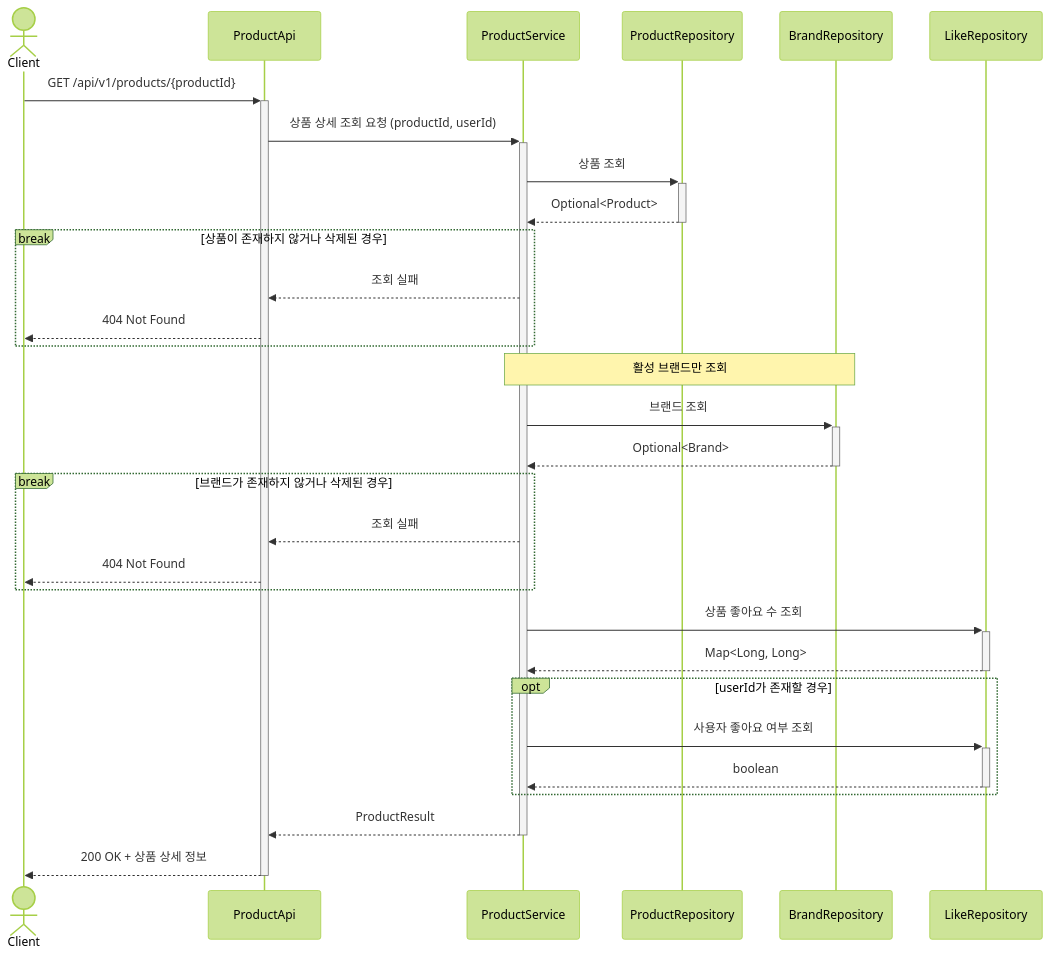
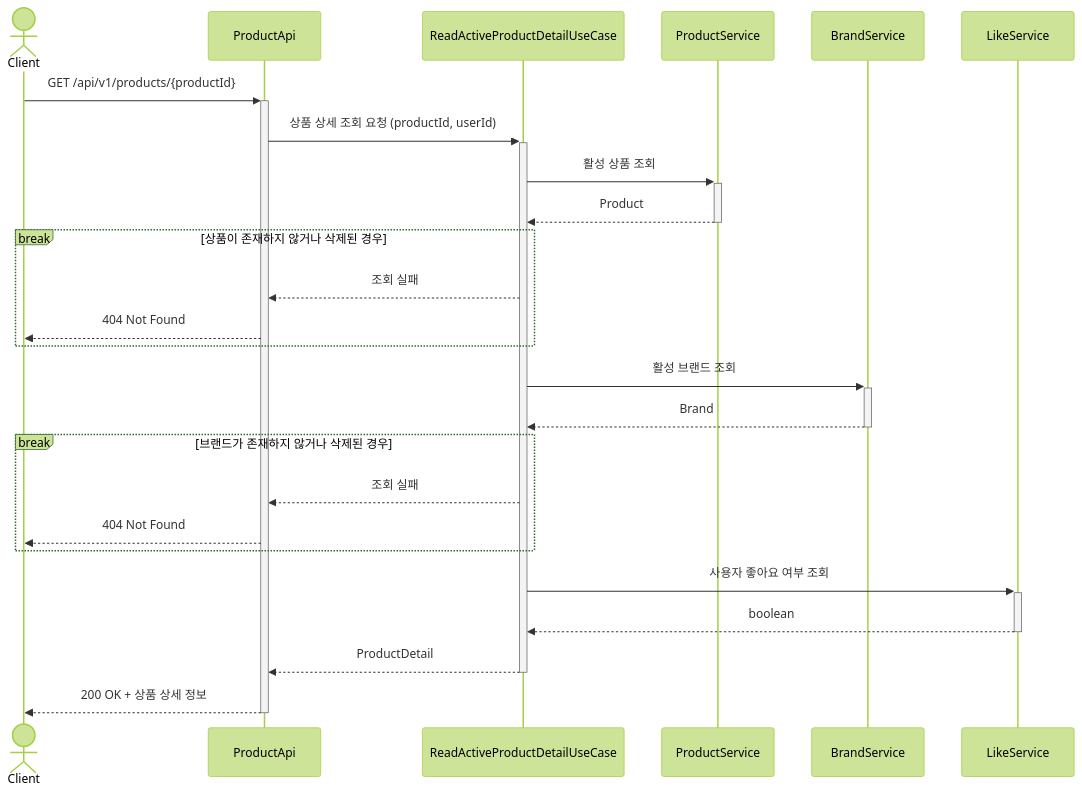
Diagram 15 of 23 in .docs/design/02-sequence-diagrams.md (Loopers-dev-lab/loop-pack-be-l2-vol3-java), drawn with Mermaid (forest theme) before and after one commit. The commit also changed other lines of this file and 88 other files, not shown here.

````diff
--- a/.docs/design/02-sequence-diagrams.md
+++ b/.docs/design/02-sequence-diagrams.md
@@ -498,40 +536,34 @@
 ```mermaid
 sequenceDiagram
     actor Client
     participant ProductApi
+    participant ReadActiveProductDetailUseCase
     participant ProductService
-    participant ProductRepository
-    participant BrandRepository
-    participant LikeRepository
+    participant BrandService
+    participant LikeService
 
     Client ->>+ ProductApi: GET /api/v1/products/{productId}
-    ProductApi ->>+ ProductService: 상품 상세 조회 요청 (productId, userId)
+    ProductApi ->>+ ReadActiveProductDetailUseCase: 상품 상세 조회 요청 (productId, userId)
 
-    ProductService ->>+ ProductRepository: 상품 조회
-    ProductRepository -->>- ProductService: Optional<Product>
+    ReadActiveProductDetailUseCase ->>+ ProductService: 활성 상품 조회
+    ProductService -->>- ReadActiveProductDetailUseCase: Product
 
     break 상품이 존재하지 않거나 삭제된 경우
-        ProductService -->> ProductApi: 조회 실패
+        ReadActiveProductDetailUseCase -->> ProductApi: 조회 실패
         ProductApi -->> Client: 404 Not Found
     end
 
-    Note over ProductService, BrandRepository: 활성 브랜드만 조회
-    ProductService ->>+ BrandRepository: 브랜드 조회
-    BrandRepository -->>- ProductService: Optional<Brand>
+    ReadActiveProductDetailUseCase ->>+ BrandService: 활성 브랜드 조회
+    BrandService -->>- ReadActiveProductDetailUseCase: Brand
 
     break 브랜드가 존재하지 않거나 삭제된 경우
-        ProductService -->> ProductApi: 조회 실패
+        ReadActiveProductDetailUseCase -->> ProductApi: 조회 실패
         ProductApi -->> Client: 404 Not Found
     end
 
-    ProductService ->>+ LikeRepository: 상품 좋아요 수 조회
-    LikeRepository -->>- ProductService: Map<Long, Long>
+    ReadActiveProductDetailUseCase ->>+ LikeService: 사용자 좋아요 여부 조회
+    LikeService -->>- ReadActiveProductDetailUseCase: boolean
 
-    opt userId가 존재할 경우
-        ProductService ->>+ LikeRepository: 사용자 좋아요 여부 조회
-        LikeRepository -->>- ProductService: boolean
-    end
-
-    ProductService -->>- ProductApi: ProductResult
+    ReadActiveProductDetailUseCase -->>- ProductApi: ProductDetail
     ProductApi -->>- Client: 200 OK + 상품 상세 정보
 ```
````
